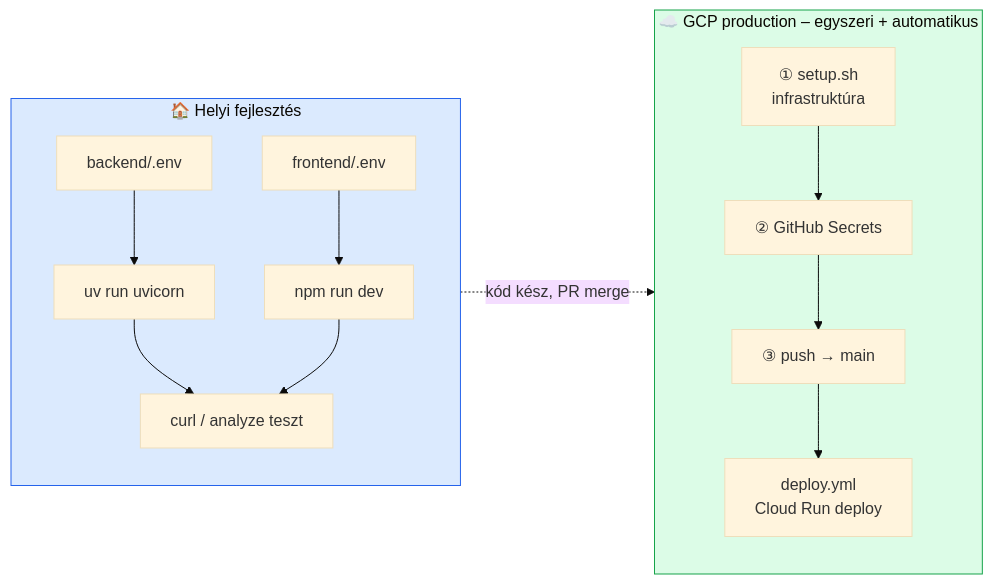
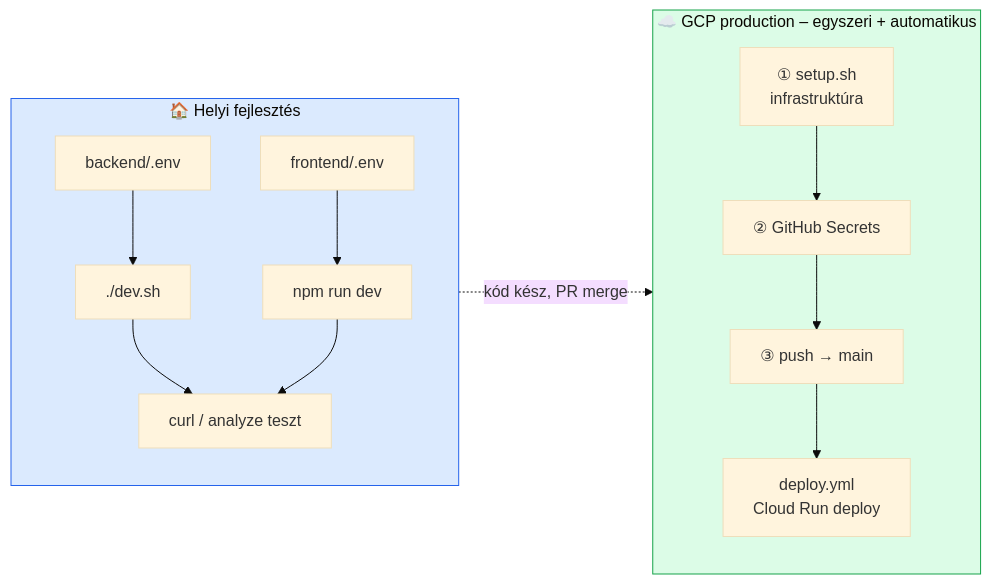
The second of 2 diagrams in README.md (cloudsteak/trn-gcp-ai-contract-analyzer), drawn with Mermaid (base theme) before and after one commit. The commit also changed other lines of this file, not shown here.

````diff
--- a/README.md
+++ b/README.md
@@ -153,22 +172,22 @@
 ```mermaid
 flowchart LR
     subgraph Local["🏠 Helyi fejlesztés"]
-        L1["backend/.env"] --> L2["uv run uvicorn"]
+        L1["backend/.env"] --> L2["./dev.sh"]
         L3["frontend/.env"] --> L4["npm run dev"]
         L2 --> L5["curl / analyze teszt"]
         L4 --> L5
     end
 
     subgraph GCP["☁️ GCP production – egyszeri + automatikus"]
         S1["① setup.sh<br/>infrastruktúra"] --> S2["② GitHub Secrets"]
         S2 --> S3["③ push → main"]
         S3 --> S4["deploy.yml<br/>Cloud Run deploy"]
     end
 
     Local -.->|"kód kész, PR merge"| GCP
 
     classDef local fill:#DBEAFE,stroke:#2563EB
     classDef gcp fill:#DCFCE7,stroke:#16A34A
     class Local local
     class GCP gcp
 ```
````
